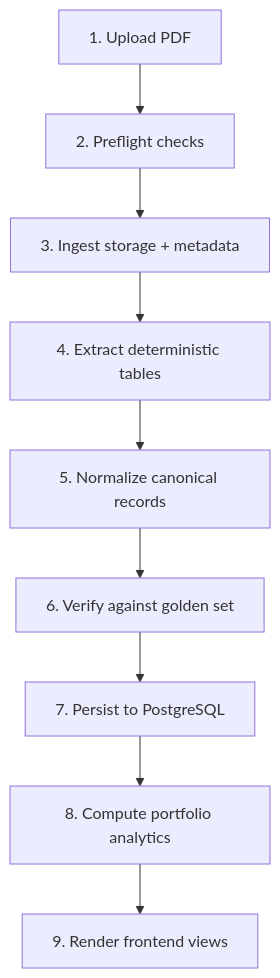
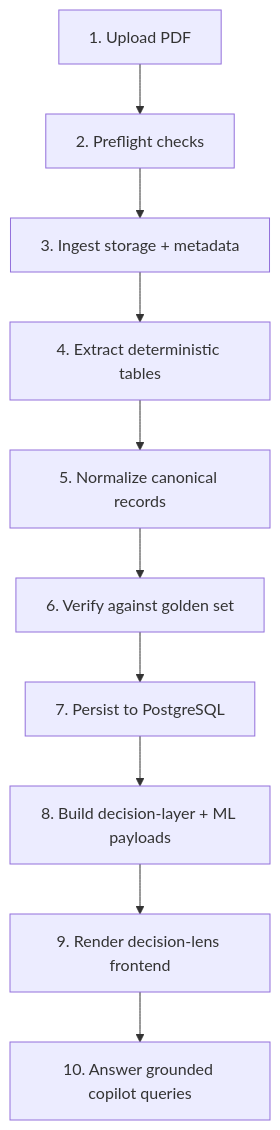
One commit to nicolasenriquez/ai-finance-management changed the second of 2 diagrams in README.md. Above: the diagram before and after it, drawn with Mermaid. The commit also changed other lines of this file and 199 other files, not shown here.

````diff
--- a/README.md
+++ b/README.md
@@ -65,11 +72,12 @@
 ```mermaid
 flowchart TD
   S1[1. Upload PDF] --> S2[2. Preflight checks]
   S2 --> S3[3. Ingest storage + metadata]
   S3 --> S4[4. Extract deterministic tables]
   S4 --> S5[5. Normalize canonical records]
   S5 --> S6[6. Verify against golden set]
   S6 --> S7[7. Persist to PostgreSQL]
-  S7 --> S8[8. Compute portfolio analytics]
-  S8 --> S9[9. Render frontend views]
+  S7 --> S8[8. Build decision-layer + ML payloads]
+  S8 --> S9[9. Render decision-lens frontend]
+  S9 --> S10[10. Answer grounded copilot queries]
 ```
````
